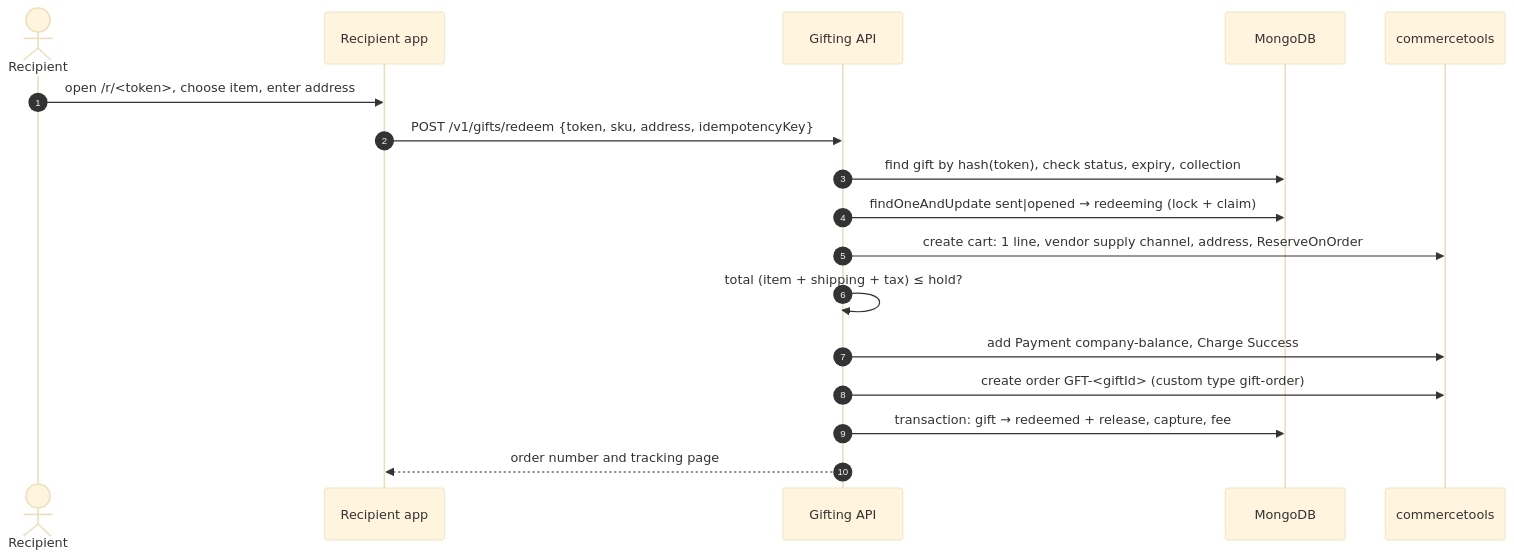
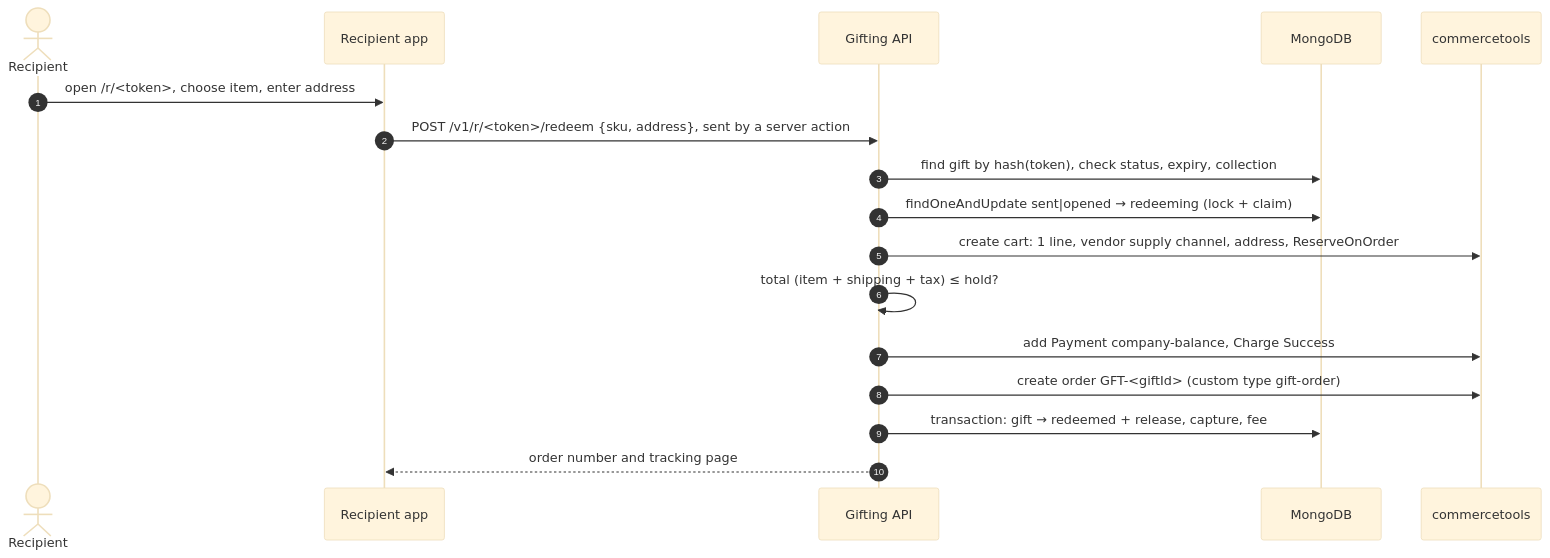
Before and after one commit to sonishivam1/corporate-gifting: the third of 4 diagrams in docs/architecture/flows.md, drawn with Mermaid (base theme). The commit also changed other lines of this file and 28 other files, not shown here.

````diff
--- a/docs/architecture/flows.md
+++ b/docs/architecture/flows.md
@@ -72,19 +72,19 @@
 ```mermaid
 sequenceDiagram
   autonumber
   actor R as Recipient
   participant App as Recipient app
   participant API as Gifting API
   participant DB as MongoDB
   participant CT as commercetools
   R->>App: open /r/<token>, choose item, enter address
-  App->>API: POST /v1/gifts/redeem {token, sku, address, idempotencyKey}
+  App->>API: POST /v1/r/<token>/redeem {sku, address}, sent by a server action
   API->>DB: find gift by hash(token), check status, expiry, collection
   API->>DB: findOneAndUpdate sent|opened → redeeming (lock + claim)
   API->>CT: create cart: 1 line, vendor supply channel, address, ReserveOnOrder
   API->>API: total (item + shipping + tax) ≤ hold?
   API->>CT: add Payment company-balance, Charge Success
   API->>CT: create order GFT-<giftId> (custom type gift-order)
   API->>DB: transaction: gift → redeemed + release, capture, fee
   API-->>App: order number and tracking page
 ```
````
